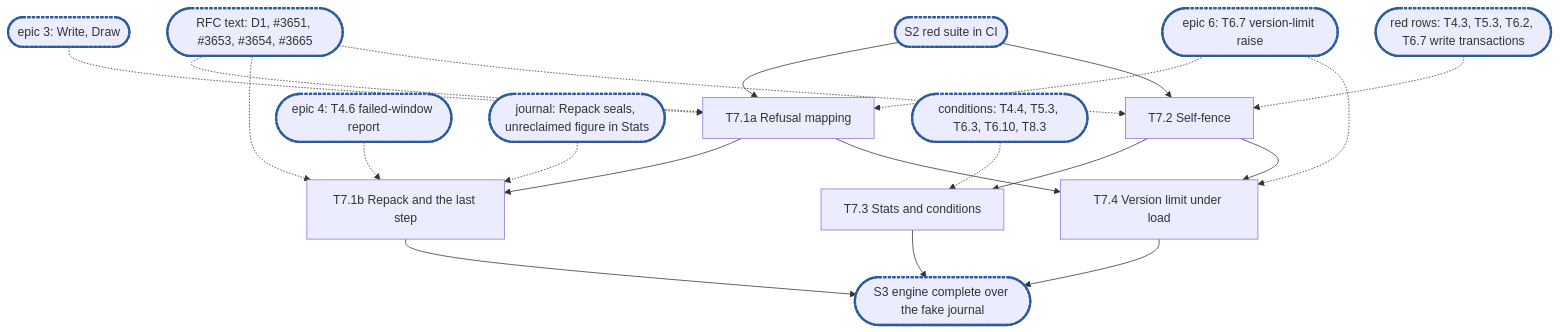
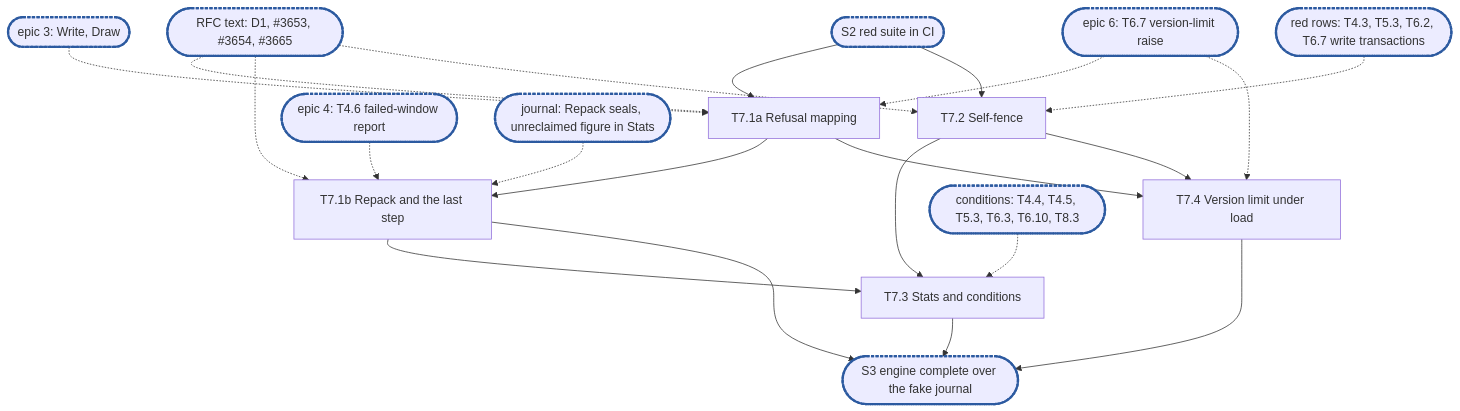
The diagram in docs/internals/planning/rfc-8-engine-epic7.md (marmos91/dittofs), drawn with Mermaid before and after one commit. The commit also changed other lines of this file and 1 other file, not shown here.

First line of the commit message:
docs(planning): epic 7 clears the journal alerts as rfc 8 says

````diff
--- a/docs/internals/planning/rfc-8-engine-epic7.md
+++ b/docs/internals/planning/rfc-8-engine-epic7.md
@@ -622,17 +689,17 @@
 ```mermaid
 flowchart TD
   S2(["S2 red suite in CI"]):::sync --> T7_1a["T7.1a Refusal mapping"]
   ep3(["epic 3: Write, Draw"]):::sync -.-> T7_1a
   ep6(["epic 6: T6.7 version-limit raise"]):::sync -.-> T7_1a & T7_4
   T7_1a --> T7_1b["T7.1b Repack and the last step"]
   ep4(["epic 4: T4.6 failed-window report"]):::sync -.-> T7_1b
   J(["journal: Repack seals, unreclaimed figure in Stats"]):::sync -.-> T7_1b
-  rfc(["RFC text: D1, #3651, #3653, #3654, #3665"]):::sync -.-> T7_1a & T7_1b & T7_2
+  rfc(["RFC text: D1, #3653, #3654, #3665"]):::sync -.-> T7_1a & T7_1b & T7_2
   S2 --> T7_2["T7.2 Self-fence"]
   tx(["red rows: T4.3, T5.3, T6.2, T6.7 write transactions"]):::sync -.-> T7_2
-  T7_2 --> T7_3["T7.3 Stats and conditions"]
-  cond(["conditions: T4.4, T5.3, T6.3, T6.10, T8.3"]):::sync -.-> T7_3
+  T7_2 & T7_1b --> T7_3["T7.3 Stats and conditions"]
+  cond(["conditions: T4.4, T4.5, T5.3, T6.3, T6.10, T8.3"]):::sync -.-> T7_3
   T7_2 & T7_1a --> T7_4["T7.4 Version limit under load"]
   T7_1b & T7_3 & T7_4 --> S3(["S3 engine complete over the fake journal"]):::sync
   classDef sync stroke:#2c5aa0,stroke-width:3px,stroke-dasharray:4 2
 ```
````
